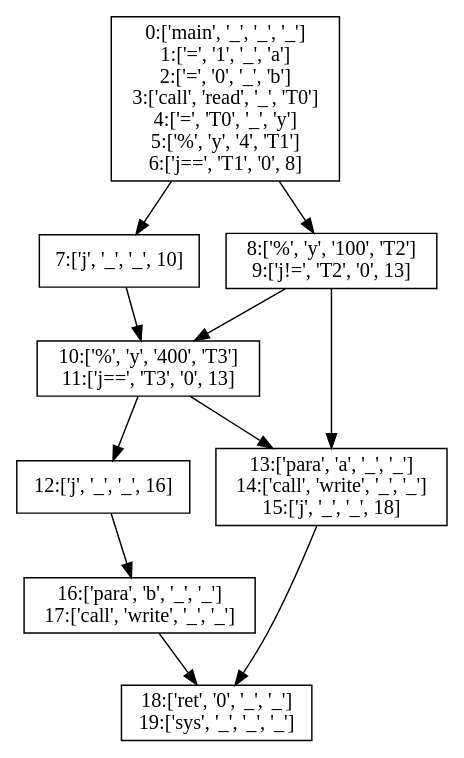
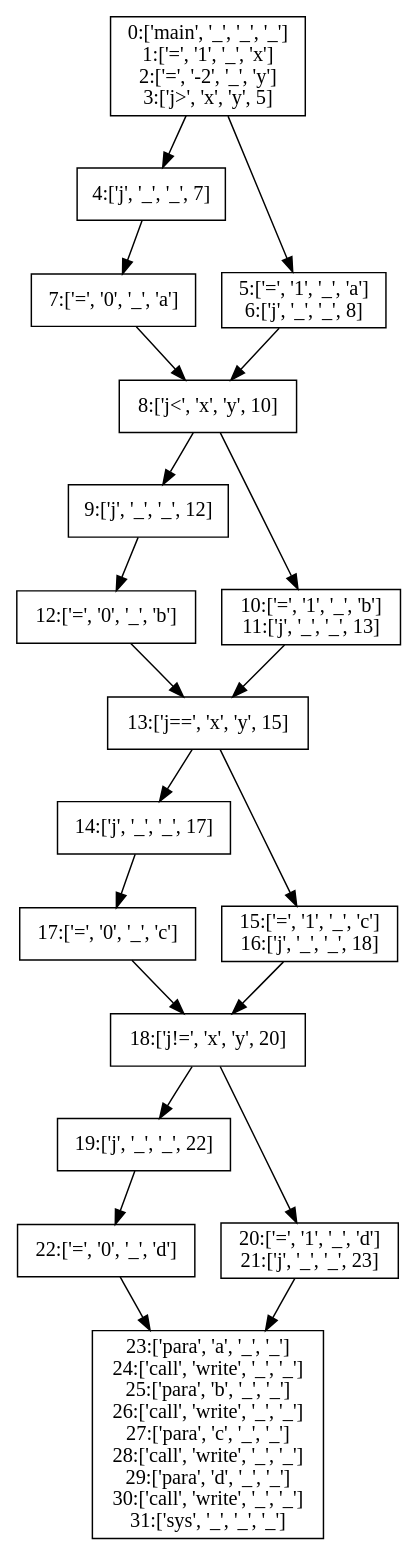
The diagram in Basic_Block/basic_block.gv (hutao99/compiler), drawn with Graphviz before and after one commit. The commit also changed 1 other file, not shown here.

```diff
--- a/Basic_Block/basic_block.gv
+++ b/Basic_Block/basic_block.gv
@@ -1,41 +1,72 @@
 // Basic_Block
 digraph "./Basic_Block/basic_block" {
 	0 [label="0:['main', '_', '_', '_']
-1:['=', '1', '_', 'a']
-2:['=', '0', '_', 'b']
-3:['call', 'read', '_', 'T0']
-4:['=', 'T0', '_', 'y']
-5:['%', 'y', '4', 'T1']
-6:['j==', 'T1', '0', 8]
+1:['=', '1', '_', 'x']
+2:['=', '-2', '_', 'y']
+3:['j>', 'x', 'y', 5]
 " fontname=SimHei shape=rectangle]
-	1 [label="7:['j', '_', '_', 10]
+	1 [label="4:['j', '_', '_', 7]
 " fontname=SimHei shape=rectangle]
-	2 [label="8:['%', 'y', '100', 'T2']
-9:['j!=', 'T2', '0', 13]
+	2 [label="5:['=', '1', '_', 'a']
+6:['j', '_', '_', 8]
 " fontname=SimHei shape=rectangle]
-	3 [label="10:['%', 'y', '400', 'T3']
-11:['j==', 'T3', '0', 13]
+	3 [label="7:['=', '0', '_', 'a']
 " fontname=SimHei shape=rectangle]
-	4 [label="12:['j', '_', '_', 16]
+	4 [label="8:['j<', 'x', 'y', 10]
 " fontname=SimHei shape=rectangle]
-	5 [label="13:['para', 'a', '_', '_']
-14:['call', 'write', '_', '_']
-15:['j', '_', '_', 18]
+	5 [label="9:['j', '_', '_', 12]
 " fontname=SimHei shape=rectangle]
-	6 [label="16:['para', 'b', '_', '_']
-17:['call', 'write', '_', '_']
+	6 [label="10:['=', '1', '_', 'b']
+11:['j', '_', '_', 13]
 " fontname=SimHei shape=rectangle]
-	7 [label="18:['ret', '0', '_', '_']
-19:['sys', '_', '_', '_']
+	7 [label="12:['=', '0', '_', 'b']
+" fontname=SimHei shape=rectangle]
+	8 [label="13:['j==', 'x', 'y', 15]
+" fontname=SimHei shape=rectangle]
+	9 [label="14:['j', '_', '_', 17]
+" fontname=SimHei shape=rectangle]
+	10 [label="15:['=', '1', '_', 'c']
+16:['j', '_', '_', 18]
+" fontname=SimHei shape=rectangle]
+	11 [label="17:['=', '0', '_', 'c']
+" fontname=SimHei shape=rectangle]
+	12 [label="18:['j!=', 'x', 'y', 20]
+" fontname=SimHei shape=rectangle]
+	13 [label="19:['j', '_', '_', 22]
+" fontname=SimHei shape=rectangle]
+	14 [label="20:['=', '1', '_', 'd']
+21:['j', '_', '_', 23]
+" fontname=SimHei shape=rectangle]
+	15 [label="22:['=', '0', '_', 'd']
+" fontname=SimHei shape=rectangle]
+	16 [label="23:['para', 'a', '_', '_']
+24:['call', 'write', '_', '_']
+25:['para', 'b', '_', '_']
+26:['call', 'write', '_', '_']
+27:['para', 'c', '_', '_']
+28:['call', 'write', '_', '_']
+29:['para', 'd', '_', '_']
+30:['call', 'write', '_', '_']
+31:['sys', '_', '_', '_']
 " fontname=SimHei shape=rectangle]
 	0 -> 2
 	0 -> 1
 	1 -> 3
-	2 -> 5
-	2 -> 3
-	3 -> 5
+	2 -> 4
 	3 -> 4
 	4 -> 6
+	4 -> 5
 	5 -> 7
-	6 -> 7
+	6 -> 8
+	7 -> 8
+	8 -> 10
+	8 -> 9
+	9 -> 11
+	10 -> 12
+	11 -> 12
+	12 -> 14
+	12 -> 13
+	13 -> 15
+	14 -> 16
+	15 -> 16
 }
```
